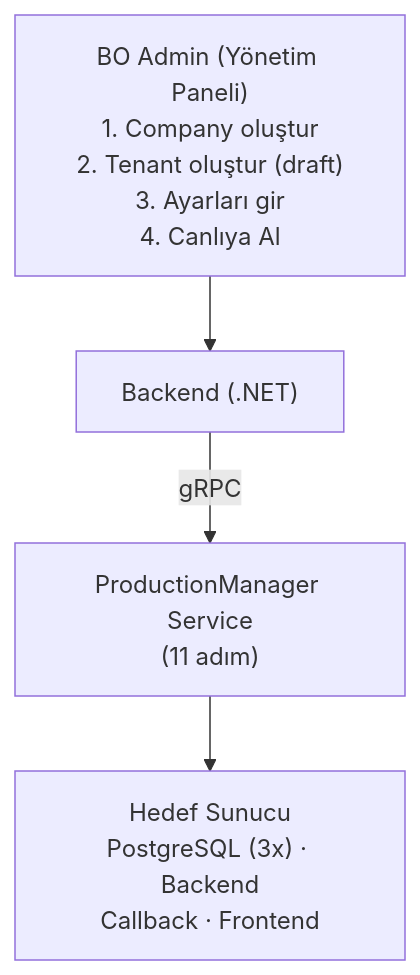
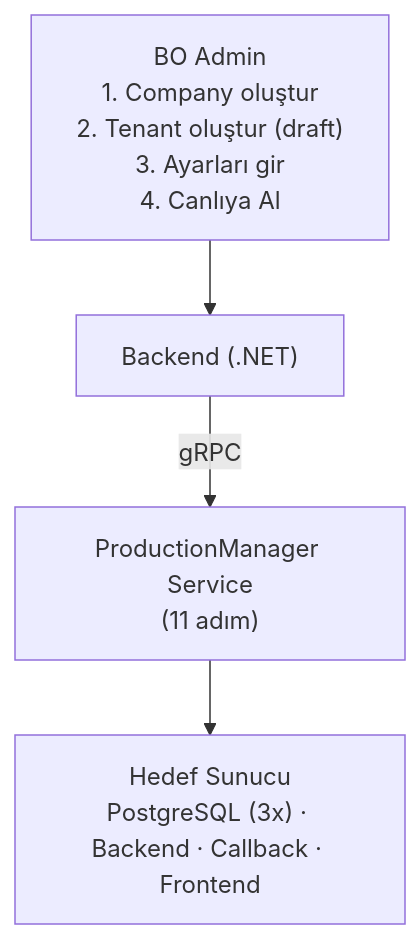
One commit to frhtshn/One.DB changed the first of 4 diagrams in .docs/guides/PROVISIONING_GUIDE.md. Above: the diagram before and after it, drawn with Mermaid. The commit also changed other lines of this file and 6 other files, not shown here.

Commit message:
docs: Update flowchart formatting for improved readability in multiple guides

````diff
--- a/.docs/guides/PROVISIONING_GUIDE.md
+++ b/.docs/guides/PROVISIONING_GUIDE.md
@@ -9,8 +9,8 @@
 ```mermaid
 flowchart TD
-    BO["BO Admin (Yönetim Paneli)\n1. Company oluştur\n2. Tenant oluştur (draft)\n3. Ayarları gir\n4. Canlıya Al"]
+    BO["BO Admin<br/>1. Company oluştur<br/>2. Tenant oluştur (draft)<br/>3. Ayarları gir<br/>4. Canlıya Al"]
     BE["Backend (.NET)"]
-    PM["ProductionManager Service\n(11 adım)"]
-    HS["Hedef Sunucu\nPostgreSQL (3x) · Backend\nCallback · Frontend"]
+    PM["ProductionManager Service<br/>(11 adım)"]
+    HS["Hedef Sunucu<br/>PostgreSQL (3x) · Backend · Callback · Frontend"]
     BO --> BE -- "gRPC" --> PM --> HS
 ```
````
